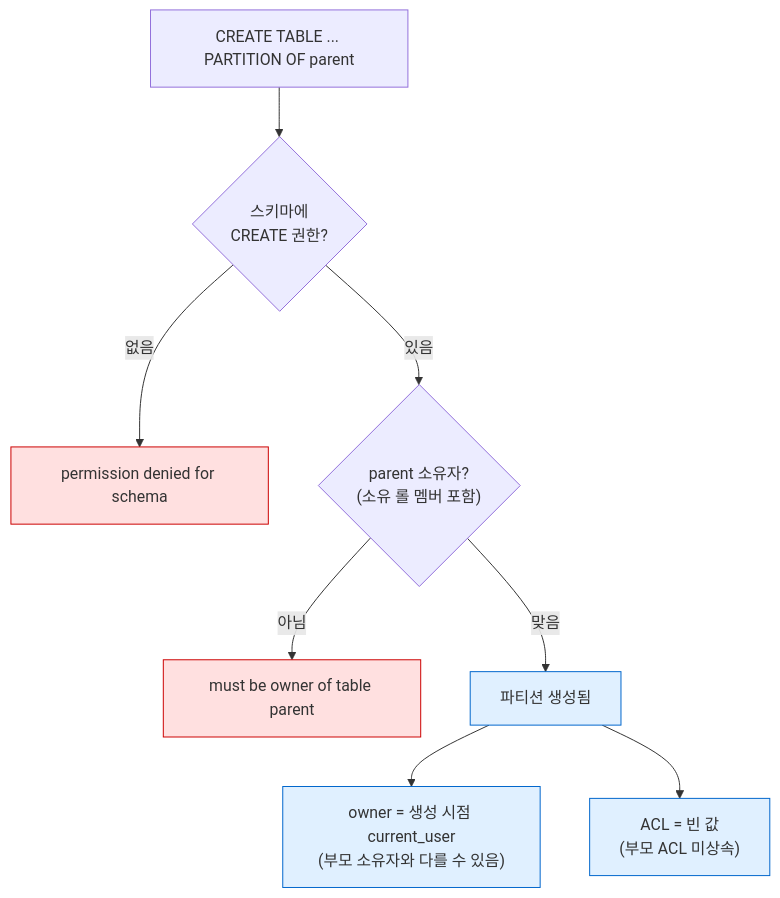
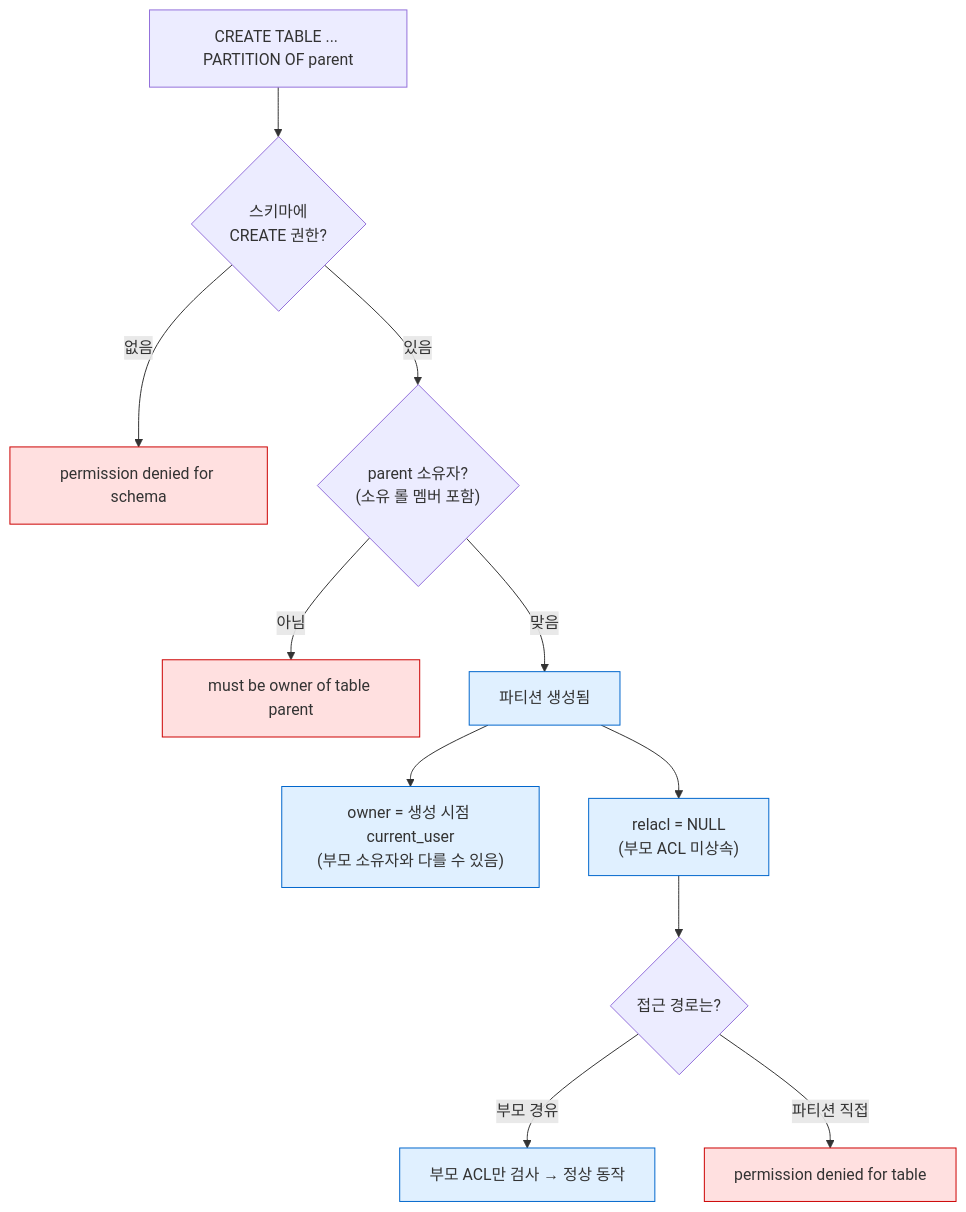
One commit to willjsw/code-lab changed the fifth of 6 diagrams in PostgreSQL/15-AUTHORITY.md. Above: the diagram before and after it, drawn with Mermaid. The commit also changed other lines of this file and 1 other file, not shown here.

````diff
--- a/PostgreSQL/15-AUTHORITY.md
+++ b/PostgreSQL/15-AUTHORITY.md
@@ -212,15 +678,18 @@
 ```mermaid
 flowchart TD
     A["CREATE TABLE ... PARTITION OF parent"] --> B{"스키마에<br/>CREATE 권한?"}
     B -- 없음 --> E1["permission denied for schema"]
     B -- 있음 --> C{"parent 소유자?<br/>(소유 롤 멤버 포함)"}
     C -- 아님 --> E2["must be owner of table parent"]
     C -- 맞음 --> D["파티션 생성됨"]
     D --> F["owner = 생성 시점 current_user<br/>(부모 소유자와 다를 수 있음)"]
-    D --> G["ACL = 빈 값<br/>(부모 ACL 미상속)"]
+    D --> G["relacl = NULL<br/>(부모 ACL 미상속)"]
+    G --> H{"접근 경로는?"}
+    H -- "부모 경유" --> OK["부모 ACL만 검사 → 정상 동작"]
+    H -- "파티션 직접" --> E3["permission denied for table"]
 
     classDef err fill:#ffe0e0,stroke:#c00
     classDef ok fill:#e0f0ff,stroke:#06c
-    class E1,E2 err
-    class D,F,G ok
+    class E1,E2,E3 err
+    class D,F,G,OK ok
 ```
````
